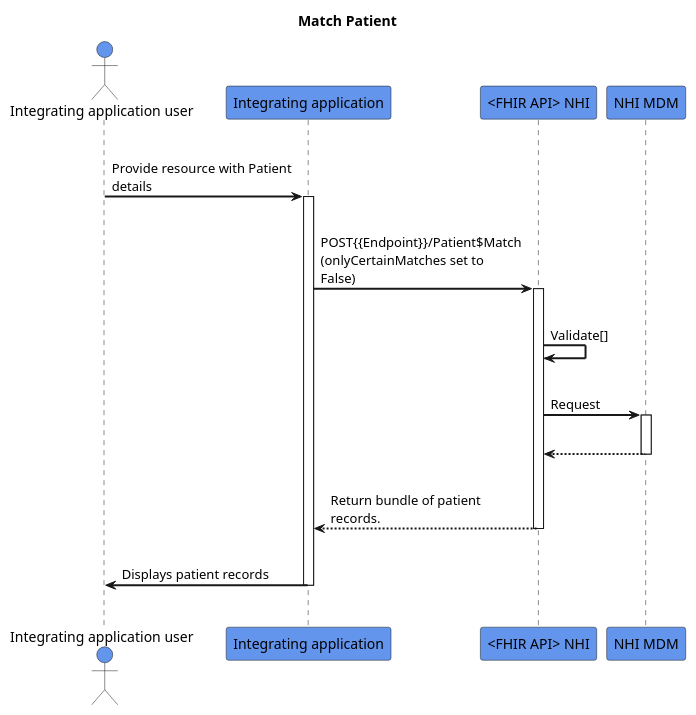
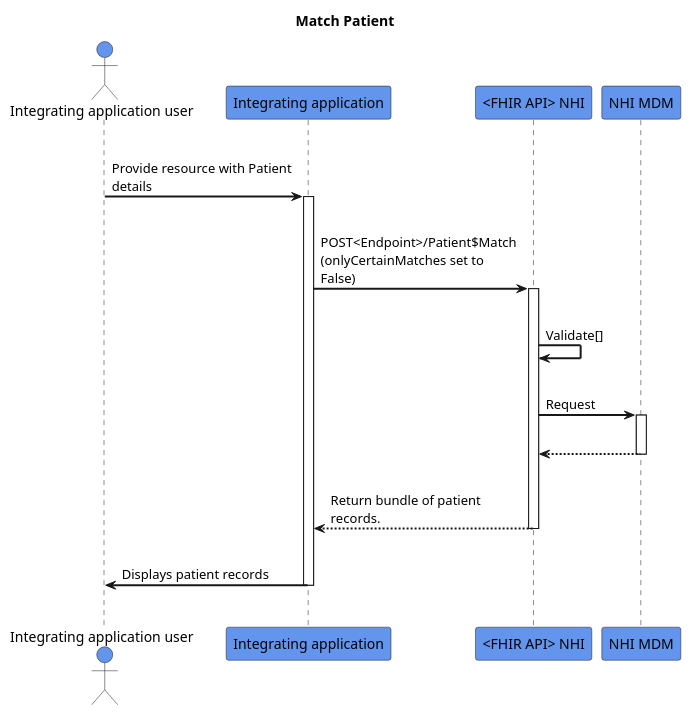
The diagram in input/images-source/match-patient.plantuml (HL7NZ/nhi), drawn with PlantUML before and after one commit.

```diff
--- a/input/images-source/match-patient.plantuml
+++ b/input/images-source/match-patient.plantuml
@@ -1,33 +1,33 @@
 @startuml
 skinparam sequenceArrowThickness 2
 skinparam roundcorner 5
 skinparam maxmessagesize 180
 skinparam sequenceParticipant bold
 title Match Patient
 actor "Integrating application user" as User #CornflowerBlue
 participant "Integrating application" as A #CornflowerBlue
 participant "<FHIR API> NHI" as B #CornflowerBlue
 participant "NHI MDM" as C #CornflowerBlue
 |||
 User -> A: Provide resource with Patient details
 activate A
 |||
-A -> B: POST{{Endpoint}}/Patient$Match (onlyCertainMatches set to False)
+A -> B: POST<Endpoint>/Patient$Match (onlyCertainMatches set to False)
 activate B
 |||
 B -> B: Validate[]
 |||
 B -> C: Request
 activate C
 |||
 
 C -[dashed]-> B:  
 deactivate C
 |||
 B -[dashed]-> A :Return bundle of patient records.
 deactivate B
 |||
 A -> User: Displays patient records
 deactivate A
 |||
 @enduml
```
